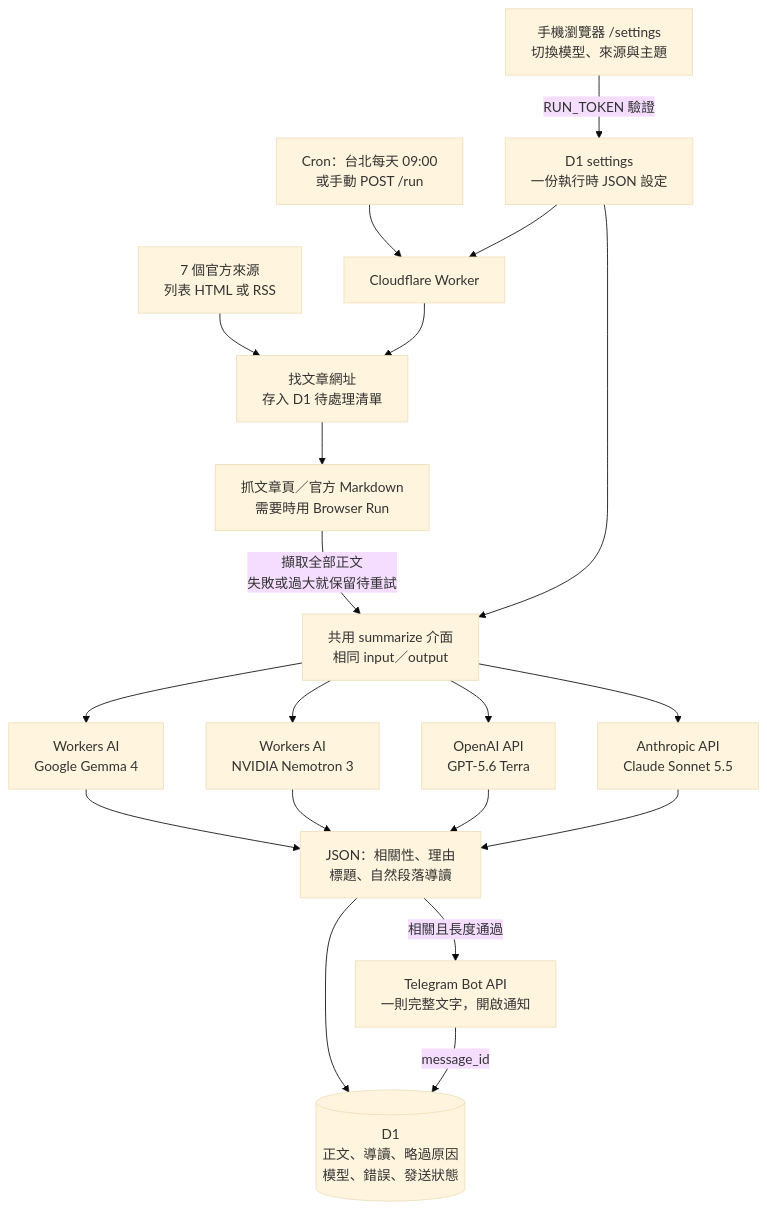
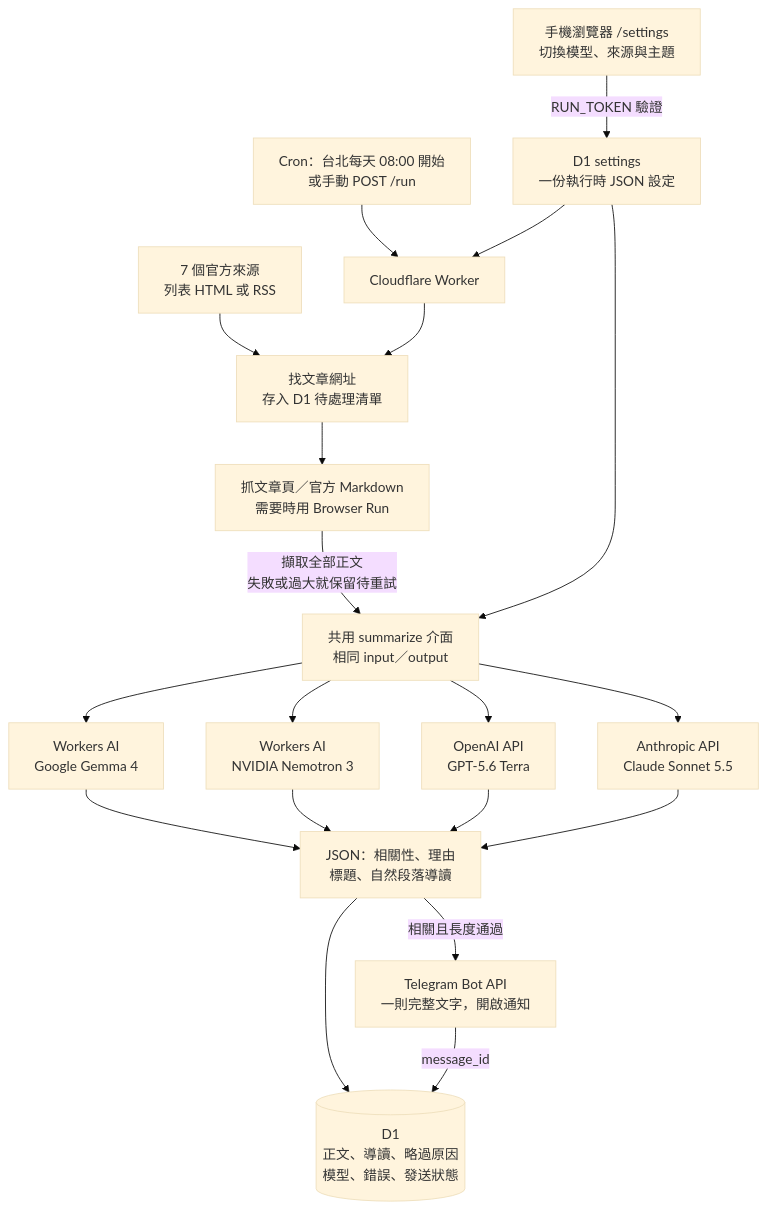
Before and after one commit to stoola20/TechNews: the diagram in docs/architecture.md, drawn with Mermaid (base theme). The commit also changed 14 other files, not shown here.

````diff
--- a/docs/architecture.md
+++ b/docs/architecture.md
@@ -7,22 +7,22 @@
 ```mermaid
 flowchart TD
   PHONE["手機瀏覽器 /settings<br/>切換模型、來源與主題"] -->|"RUN_TOKEN 驗證"| SETTINGS["D1 settings<br/>一份執行時 JSON 設定"]
-  CRON["Cron：台北每天 09:00<br/>或手動 POST /run"] --> WORKER["Cloudflare Worker"]
+  CRON["Cron：台北每天 08:00 開始<br/>或手動 POST /run"] --> WORKER["Cloudflare Worker"]
   SETTINGS --> WORKER
   SOURCES["7 個官方來源<br/>列表 HTML 或 RSS"] --> DISCOVER["找文章網址<br/>存入 D1 待處理清單"]
   WORKER --> DISCOVER
   DISCOVER --> FETCH["抓文章頁／官方 Markdown<br/>需要時用 Browser Run"]
   FETCH -->|"擷取全部正文<br/>失敗或過大就保留待重試"| MODEL["共用 summarize 介面<br/>相同 input／output"]
   SETTINGS --> MODEL
   MODEL --> GEMMA["Workers AI<br/>Google Gemma 4"]
   MODEL --> NVIDIA["Workers AI<br/>NVIDIA Nemotron 3"]
   MODEL --> GPT["OpenAI API<br/>GPT-5.6 Terra"]
   MODEL --> CLAUDE["Anthropic API<br/>Claude Sonnet 5.5"]
   GEMMA --> RESULT["JSON：相關性、理由<br/>標題、自然段落導讀"]
   NVIDIA --> RESULT
   GPT --> RESULT
   CLAUDE --> RESULT
   RESULT --> STORE[("D1<br/>正文、導讀、略過原因<br/>模型、錯誤、發送狀態")]
   RESULT -->|"相關且長度通過"| TG["Telegram Bot API<br/>一則完整文字，開啟通知"]
   TG -->|"message_id"| STORE
 ```
````
